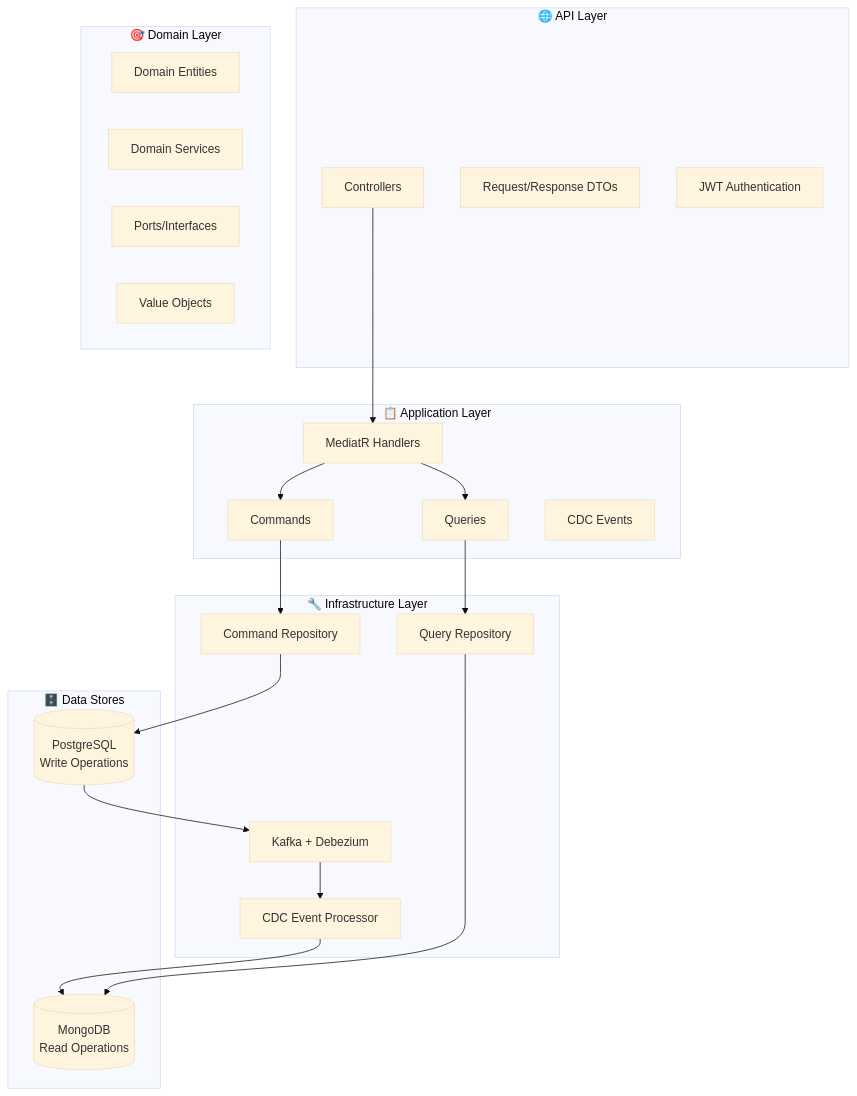
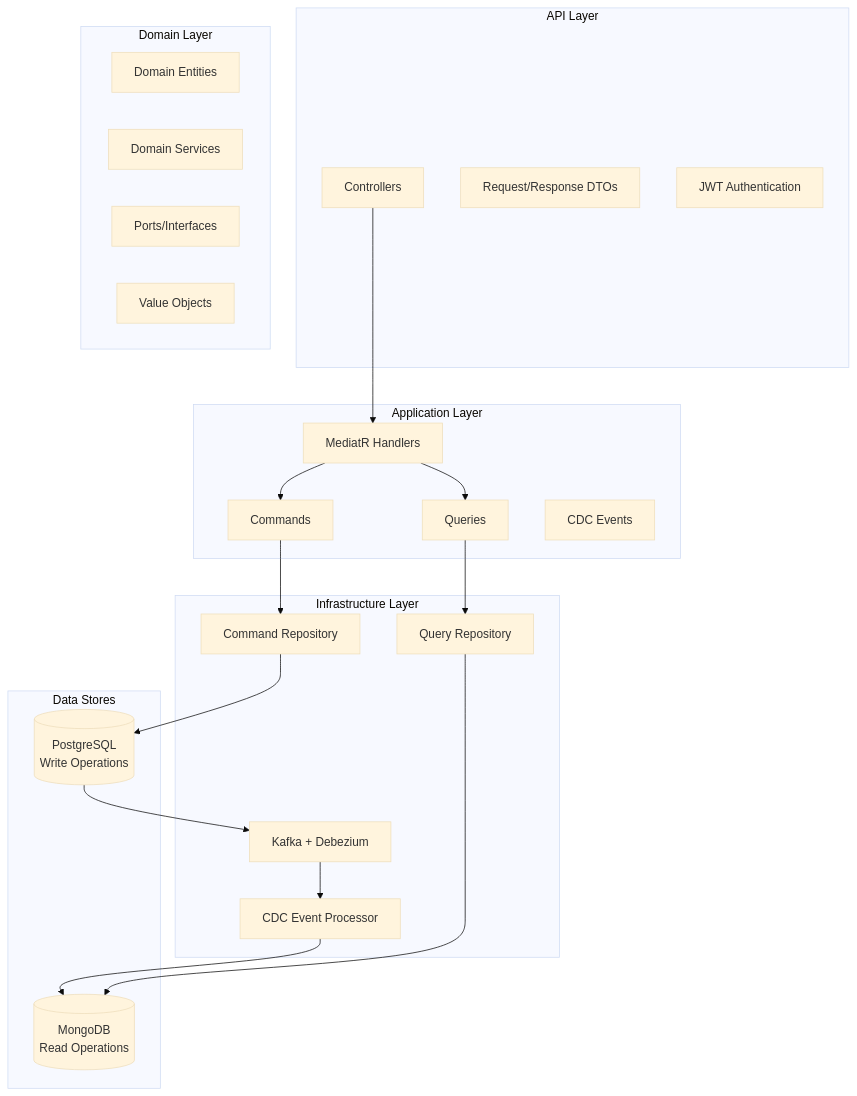
The second of 3 diagrams in README.md (asanabrial/.net-api-hexagonal-skeleton), drawn with Mermaid (base theme) before and after one commit. The commit also changed other lines of this file, not shown here.

````diff
--- a/README.md
+++ b/README.md
@@ -197,45 +168,45 @@
 ```mermaid
 graph TB
-    subgraph "🌐 API Layer"
+    subgraph "API Layer"
         Controllers[Controllers]
         DTOs[Request/Response DTOs]
         Auth[JWT Authentication]
     end
 
-    subgraph "📋 Application Layer"
+    subgraph "Application Layer"
         Commands[Commands]
         Queries[Queries]
         Handlers[MediatR Handlers]
         CdcEvents[CDC Events]
     end
 
-    subgraph "🎯 Domain Layer"
+    subgraph "Domain Layer"
         Entities[Domain Entities]
         DomainServices[Domain Services]
         Ports[Ports/Interfaces]
         ValueObjects[Value Objects]
     end
 
-    subgraph "🔧 Infrastructure Layer"
+    subgraph "Infrastructure Layer"
         WriteRepo[Command Repository]
         ReadRepo[Query Repository]
         CdcProcessor[CDC Event Processor]
         Kafka[Kafka + Debezium]
     end
 
-    subgraph "🗄️ Data Stores"
+    subgraph "Data Stores"
         PostgreSQL[(PostgreSQL<br/>Write Operations)]
         MongoDB[(MongoDB<br/>Read Operations)]
     end
 
     Controllers --> Handlers
     Handlers --> Commands
     Handlers --> Queries
     Commands --> WriteRepo
     Queries --> ReadRepo
     WriteRepo --> PostgreSQL
     ReadRepo --> MongoDB
     PostgreSQL --> Kafka
     Kafka --> CdcProcessor
     CdcProcessor --> MongoDB
 ```
````
